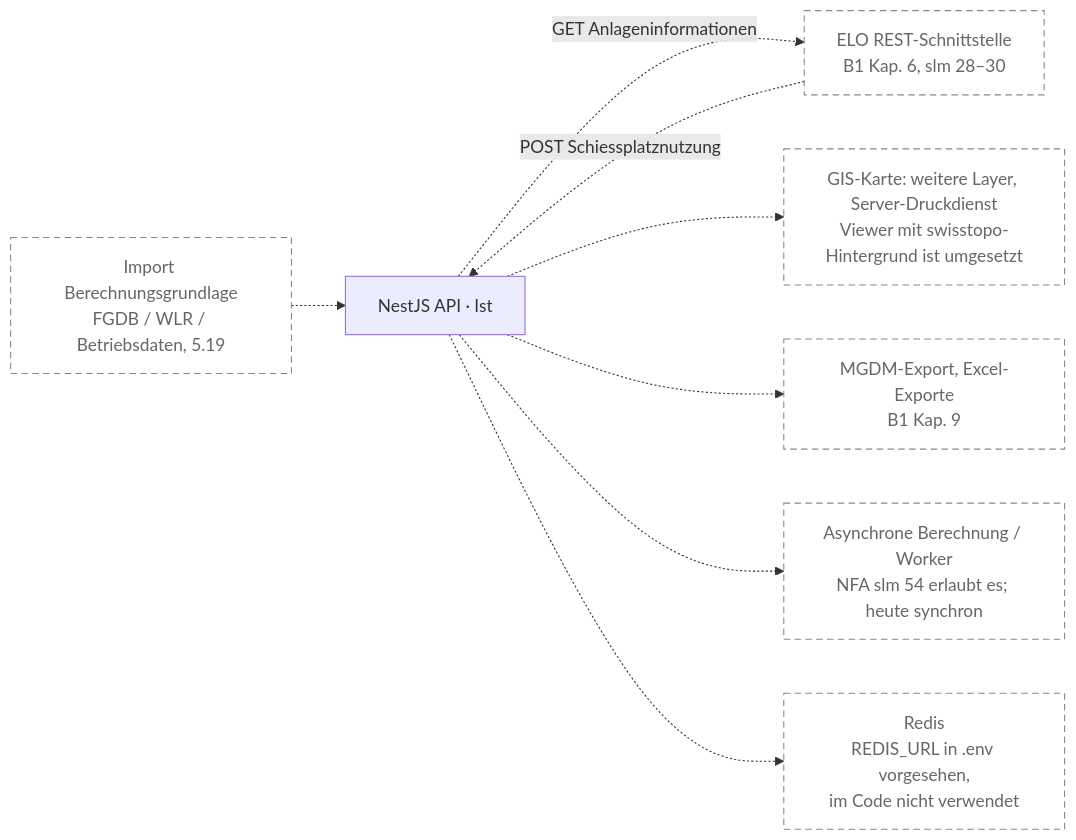
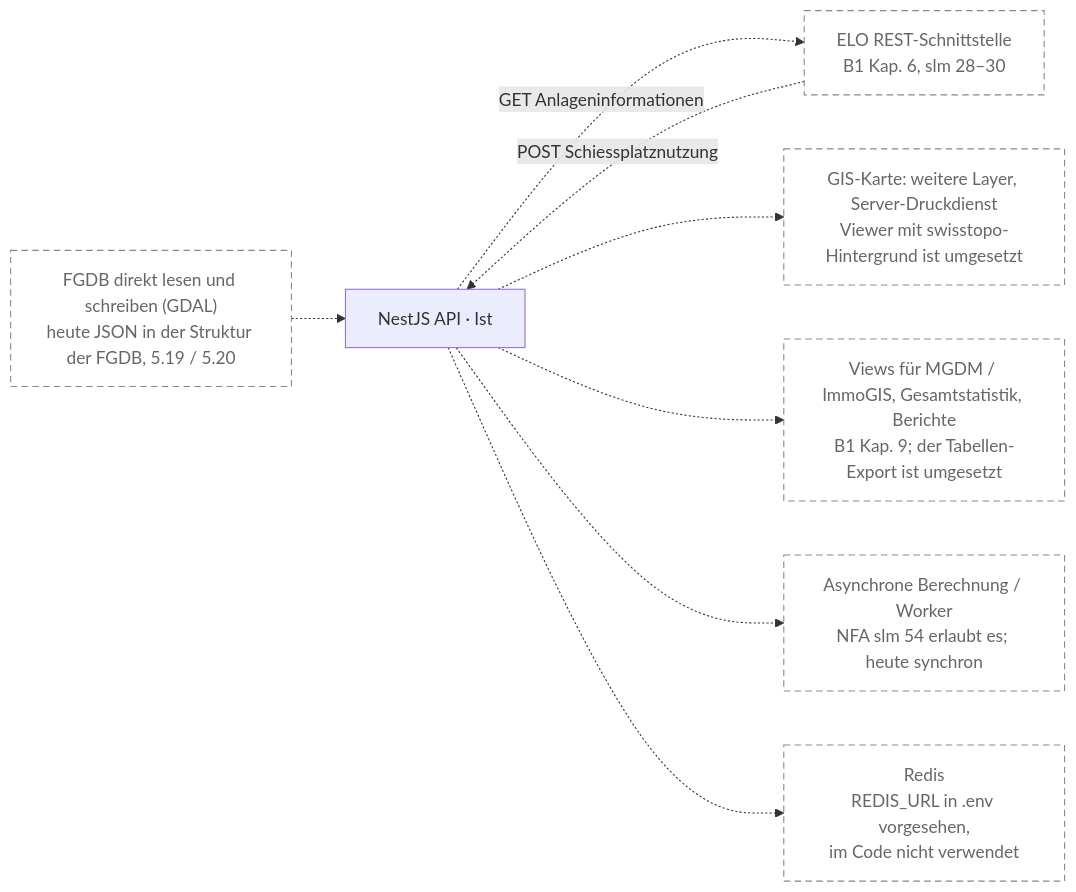
Before and after one commit to WeslleyDeSouza/slim-shooting-range-noise-management: the fourth of 4 diagrams in docs/architecture/gesamtarchitektur.md, drawn with Mermaid. The commit also changed other lines of this file and 32 other files, not shown here.

````diff
--- a/docs/architecture/gesamtarchitektur.md
+++ b/docs/architecture/gesamtarchitektur.md
@@ -171,20 +171,20 @@
 ```mermaid
 flowchart LR
   API["NestJS API · Ist"]
   ELO["ELO REST-Schnittstelle<br/>B1 Kap. 6, slm 28–30"]:::planned
   GIS["GIS-Karte: weitere Layer, Server-Druckdienst<br/>Viewer mit swisstopo-Hintergrund ist umgesetzt"]:::planned
-  IMP["Import Berechnungsgrundlage<br/>FGDB / WLR / Betriebsdaten, 5.19"]:::planned
-  EXP["MGDM-Export, Excel-Exporte<br/>B1 Kap. 9"]:::planned
+  IMP["FGDB direkt lesen und schreiben (GDAL)<br/>heute JSON in der Struktur der FGDB, 5.19 / 5.20"]:::planned
+  EXP["Views für MGDM / ImmoGIS, Gesamtstatistik, Berichte<br/>B1 Kap. 9; der Tabellen-Export ist umgesetzt"]:::planned
   WRK["Asynchrone Berechnung / Worker<br/>NFA slm 54 erlaubt es; heute synchron"]:::planned
   REDIS["Redis<br/>REDIS_URL in .env vorgesehen,<br/>im Code nicht verwendet"]:::planned
 
   ELO -. "POST Schiessplatznutzung" .-> API
   API -. "GET Anlageninformationen" .-> ELO
   API -.-> GIS
   IMP -.-> API
   API -.-> EXP
   API -.-> WRK
   API -.-> REDIS
 
   classDef planned fill:none,stroke:#888,stroke-dasharray:6 4,color:#666;
 ```
````
